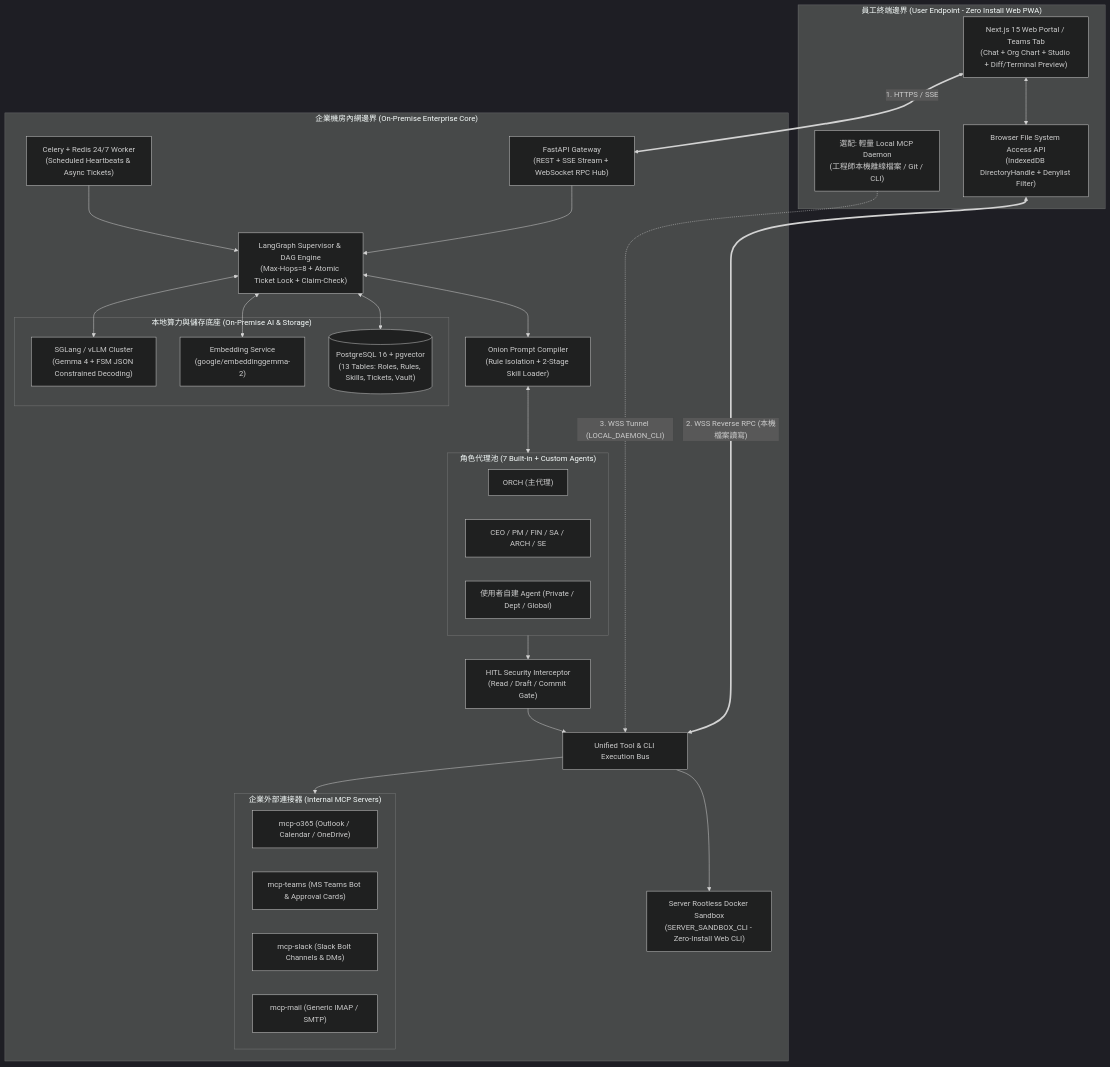
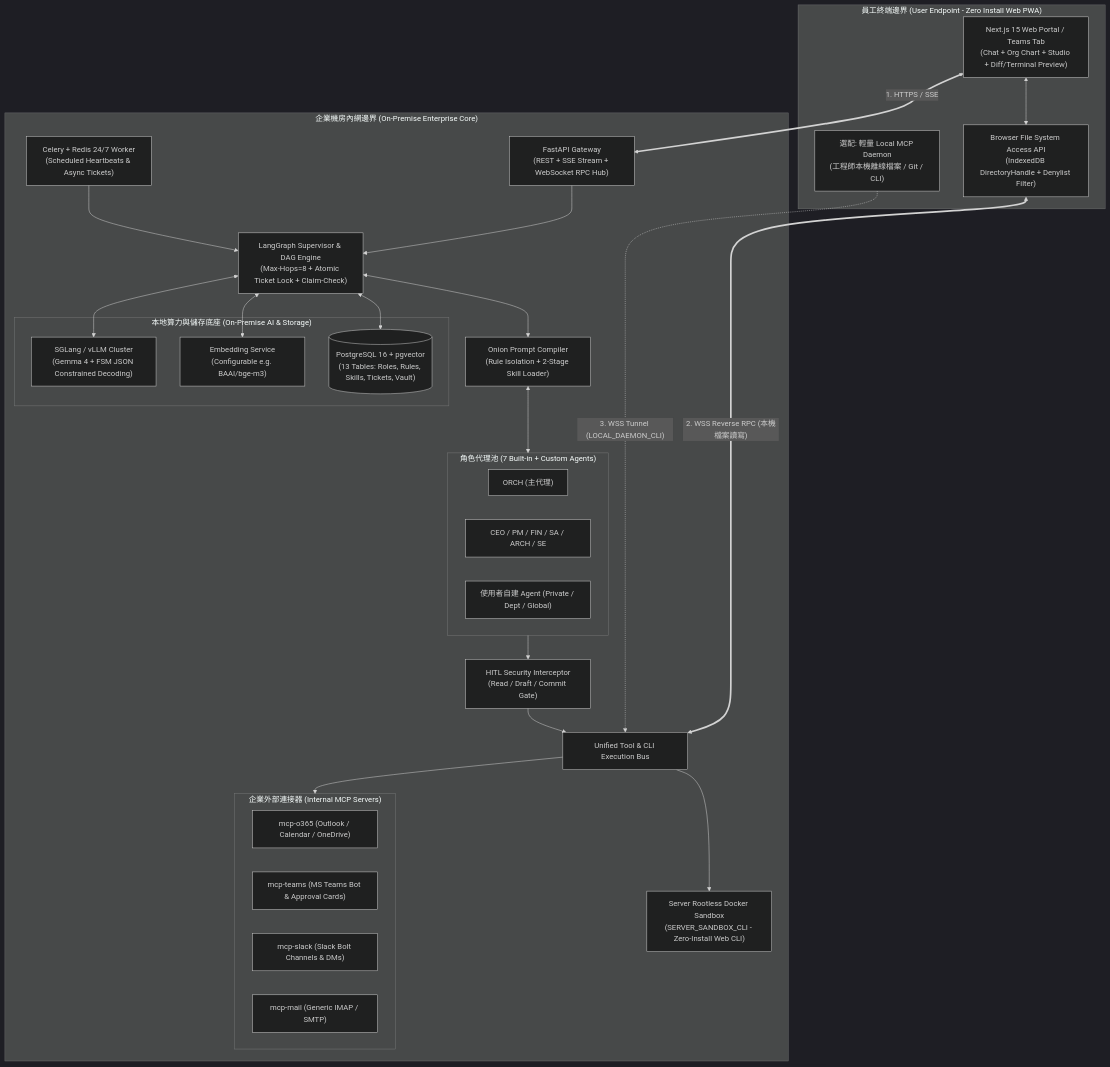
The diagram in MASTER_SPEC.md (YuDiHsu/agent-platform), drawn with Mermaid (dark theme) before and after one commit. The commit also changed other lines of this file and 4 other files, not shown here.

Commit message:
docs(spec): make MASTER_SPEC living source of truth and sync ADR-0001 configurable embedding

```diff
--- a/MASTER_SPEC.md
+++ b/MASTER_SPEC.md
@@ -56,54 +56,54 @@
 ~~~mermaid
 flowchart TB
     subgraph Client_Boundary ["員工終端邊界 (User Endpoint - Zero Install Web PWA)"]
         UI["Next.js 15 Web Portal / Teams Tab\n(Chat + Org Chart + Studio + Diff/Terminal Preview)"]
         FS_API["Browser File System Access API\n(IndexedDB DirectoryHandle + Denylist Filter)"]
         OPT_DAEMON["選配: 輕量 Local MCP Daemon\n(工程師本機離線檔案 / Git / CLI)"]
         UI <--> FS_API
     end
 
     subgraph Server_Boundary ["企業機房內網邊界 (On-Premise Enterprise Core)"]
         API_GW["FastAPI Gateway\n(REST + SSE Stream + WebSocket RPC Hub)"]
         ORCH["LangGraph Supervisor & DAG Engine\n(Max-Hops=8 + Atomic Ticket Lock + Claim-Check)"]
         COMPILER["Onion Prompt Compiler\n(Rule Isolation + 2-Stage Skill Loader)"]
         HITL["HITL Security Interceptor\n(Read / Draft / Commit Gate)"]
         TOOL_BUS["Unified Tool & CLI Execution Bus"]
         SANDBOX["Server Rootless Docker Sandbox\n(SERVER_SANDBOX_CLI - Zero-Install Web CLI)"]
         WORKER["Celery + Redis 24/7 Worker\n(Scheduled Heartbeats & Async Tickets)"]
 
         subgraph Role_Pool ["角色代理池 (7 Built-in + Custom Agents)"]
             R_ORCH["ORCH (主代理)"]
             R_EXPERTS["CEO / PM / FIN / SA / ARCH / SE"]
             R_CUSTOM["使用者自建 Agent (Private / Dept / Global)"]
         end
 
         subgraph Data_And_AI ["本地算力與儲存底座 (On-Premise AI & Storage)"]
             SGLANG["SGLang / vLLM Cluster\n(Gemma 4 + FSM JSON Constrained Decoding)"]
-            EMBED["Embedding Service\n(google/embeddinggemma-2)"]
+            EMBED["Embedding Service\n(Configurable e.g. BAAI/bge-m3)"]
             PG[("PostgreSQL 16 + pgvector\n(13 Tables: Roles, Rules, Skills, Tickets, Vault)")]
         end
 
         subgraph MCP_Connectors ["企業外部連接器 (Internal MCP Servers)"]
             MCP_O365["mcp-o365 (Outlook / Calendar / OneDrive)"]
             MCP_TEAMS["mcp-teams (MS Teams Bot & Approval Cards)"]
             MCP_SLACK["mcp-slack (Slack Bolt Channels & DMs)"]
             MCP_MAIL["mcp-mail (Generic IMAP / SMTP)"]
         end
     end
 
     UI <==>|"1. HTTPS / SSE"| API_GW
     FS_API <==>|"2. WSS Reverse RPC (本機檔案讀寫)"| TOOL_BUS
     OPT_DAEMON -.->|"3. WSS Tunnel (LOCAL_DAEMON_CLI)"| TOOL_BUS
 
     API_GW --> ORCH
     WORKER --> ORCH
     ORCH <--> COMPILER
     COMPILER <--> Role_Pool
     ORCH <--> SGLANG
     ORCH <--> EMBED
     ORCH <--> PG
     Role_Pool --> HITL
     HITL --> TOOL_BUS
     TOOL_BUS --> MCP_Connectors
     TOOL_BUS --> SANDBOX
 ~~~
```
